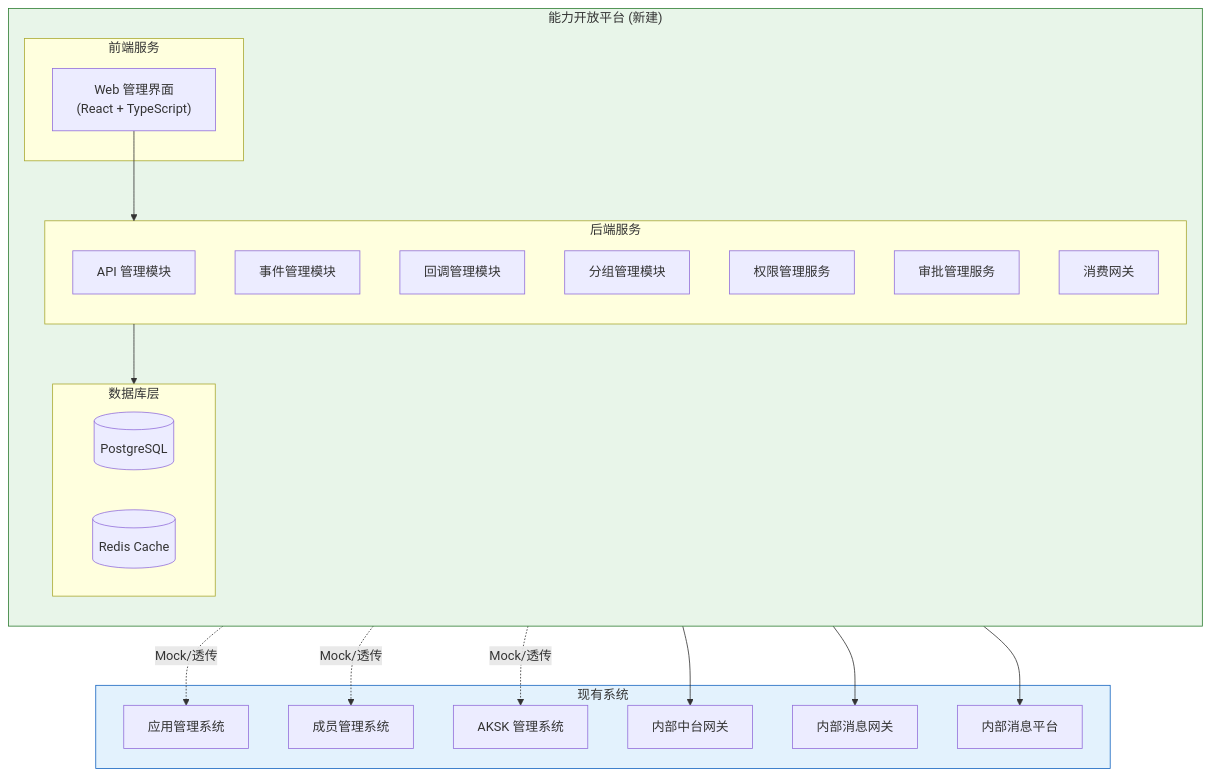
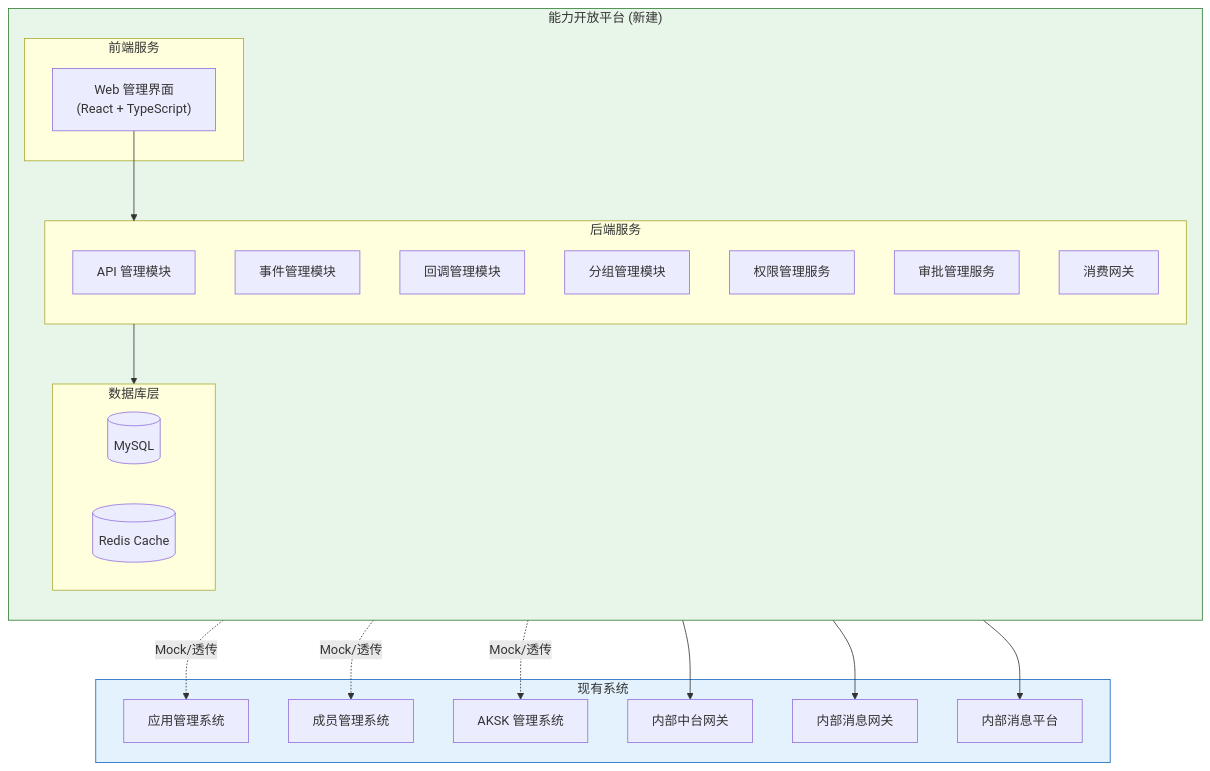
Before and after one commit to THZSummer/open-app: the diagram in .sddu/specs-tree-root/specs-tree-capability-open-platform/plan.md, drawn with Mermaid. The commit also changed other lines of this file and 2 other files, not shown here.

First line of the commit message:
fix(plan): 更新技术栈为 Java/Spring Boot + MySQL

````diff
--- a/.sddu/specs-tree-root/specs-tree-capability-open-platform/plan.md
+++ b/.sddu/specs-tree-root/specs-tree-capability-open-platform/plan.md
@@ -70,47 +70,47 @@
 ```mermaid
 graph TB
     subgraph New["能力开放平台 (新建)"]
         direction TB
         
         subgraph Frontend["前端服务"]
             WebApp["Web 管理界面\n(React + TypeScript)"]
         end
         
         subgraph Backend["后端服务"]
             API["API 管理模块"]
             Event["事件管理模块"]
             Callback["回调管理模块"]
             Group["分组管理模块"]
             Permission["权限管理服务"]
             Approval["审批管理服务"]
             Gateway["消费网关"]
         end
         
         subgraph Database["数据库层"]
-            DB[(PostgreSQL)]
+            DB[(MySQL)]
             Redis[(Redis Cache)]
         end
     end
     
     subgraph Existing["现有系统"]
         AppMgr["应用管理系统"]
         MemberMgr["成员管理系统"]
         AKSK["AKSK 管理系统"]
         InternalGateway["内部中台网关"]
         MessageGateway["内部消息网关"]
         MessagePlatform["内部消息平台"]
     end
     
     WebApp --> Backend
     Backend --> Database
     
     Permission -.->|Mock/透传| AppMgr
     Permission -.->|Mock/透传| AKSK
     Approval -.->|Mock/透传| MemberMgr
     Gateway --> InternalGateway
     Gateway --> MessageGateway
     Event --> MessagePlatform
     
     style New fill:#e8f5e9,stroke:#2e7d32
     style Existing fill:#e3f2fd,stroke:#1565c0
 ```
````
